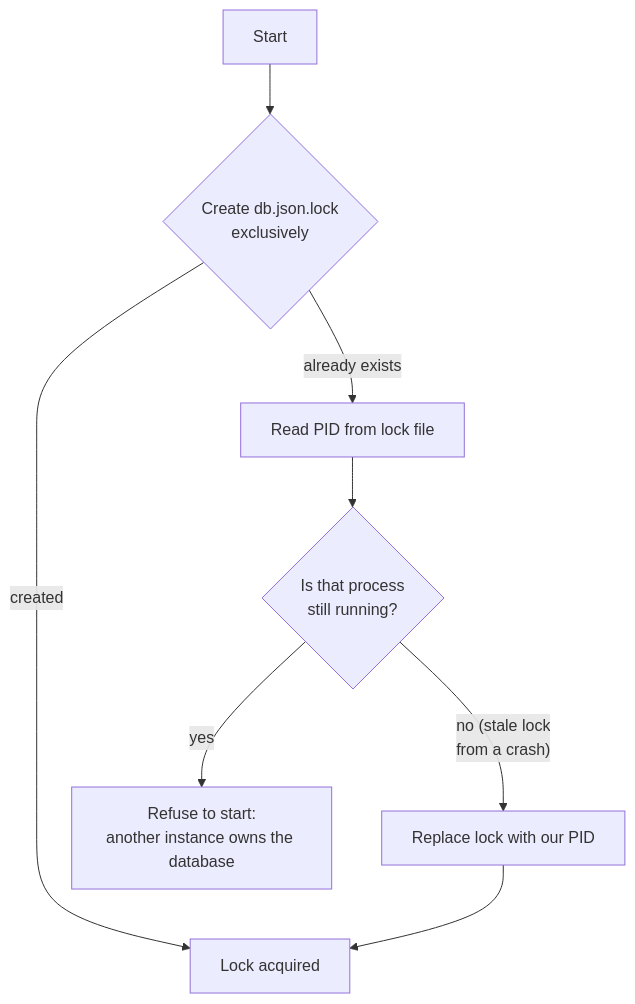
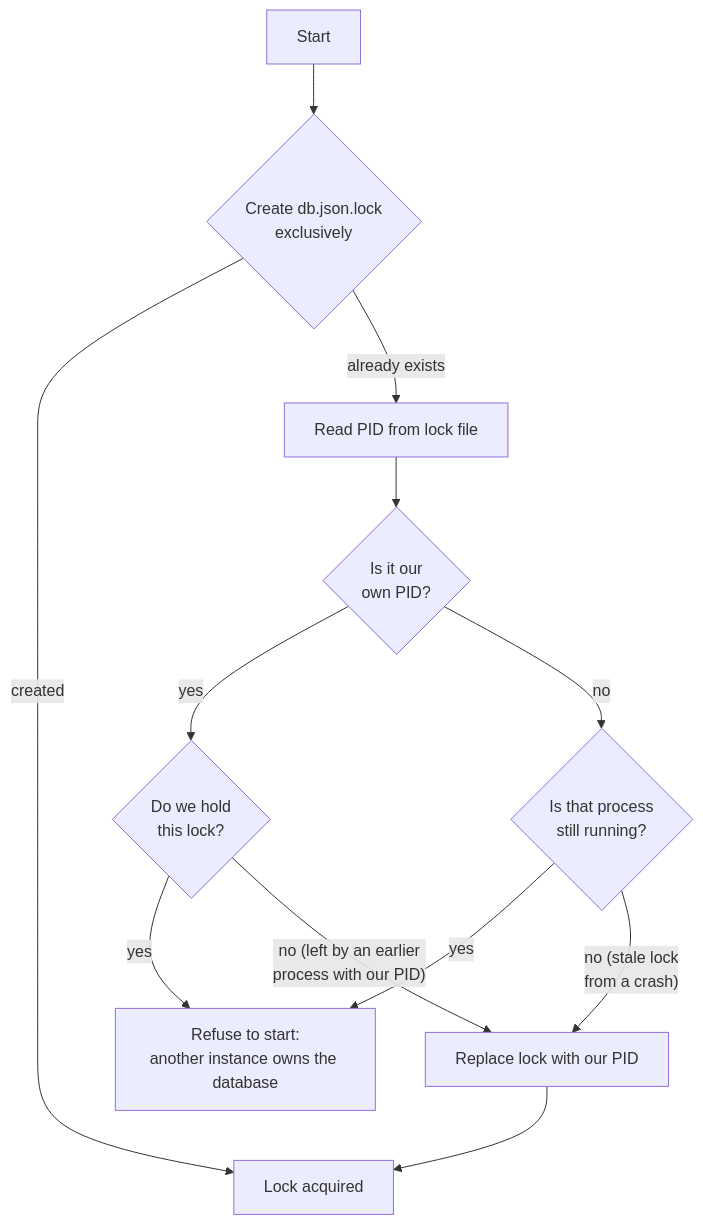
Before and after one commit to omivrex/payment-microservice-simulation: the fifth of 5 diagrams in docs/07-persistence.md, drawn with Mermaid. The commit also changed other lines of this file and 21 other files, not shown here.

````diff
--- a/docs/07-persistence.md
+++ b/docs/07-persistence.md
@@ -259,9 +259,13 @@
 ```mermaid
 flowchart TD
     A["Start"] --> B{"Create db.json.lock<br/>exclusively"}
     B -->|"created"| OK["Lock acquired"]
     B -->|"already exists"| C["Read PID from lock file"]
-    C --> D{"Is that process<br/>still running?"}
+    C --> P{"Is it our<br/>own PID?"}
+    P -->|"yes"| H{"Do we hold<br/>this lock?"}
+    H -->|"yes"| X
+    H -->|"no (left by an earlier<br/>process with our PID)"| E
+    P -->|"no"| D{"Is that process<br/>still running?"}
     D -->|"yes"| X["Refuse to start:<br/>another instance owns the database"]
     D -->|"no (stale lock<br/>from a crash)"| E["Replace lock with our PID"] --> OK
 ```
````
